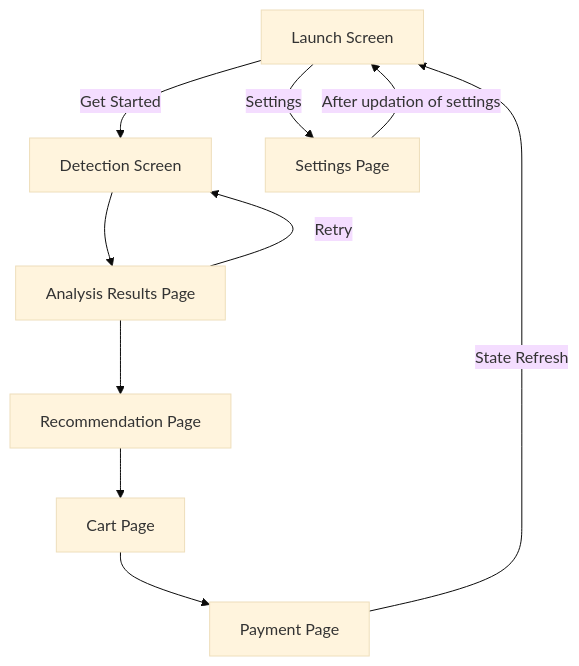
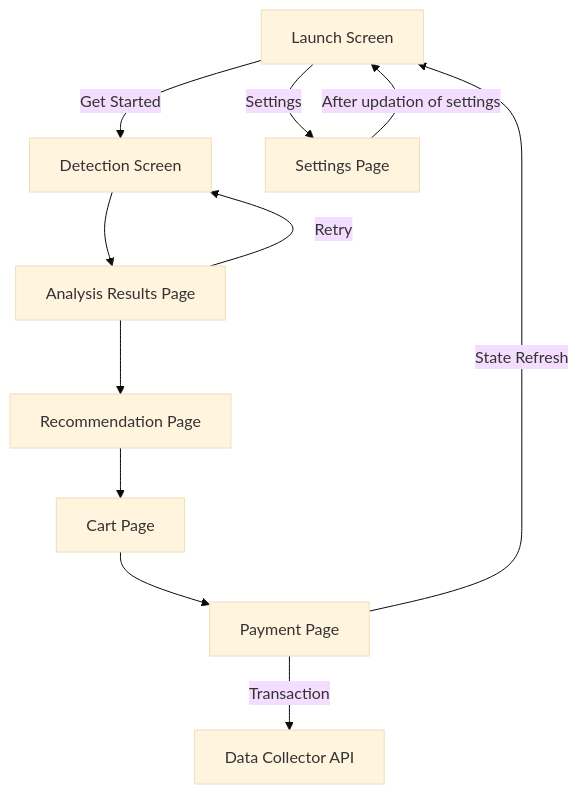
Before and after one commit to Eessh/beverage-recommendation-system: the diagram in README.md, drawn with Mermaid (base theme).

Commit message:
updated User Flow diagram

````diff
--- a/README.md
+++ b/README.md
@@ -20,12 +20,13 @@
 ```mermaid
 flowchart TD
   A[Launch Screen] --> |Get Started| B[Detection Screen];
   A[Launch Screen] --> |Settings| C[Settings Page];
   C --> |After updation of settings| A;
   B --> D[Analysis Results Page];
   D --> |Retry| B;
   D --> E[Recommendation Page];
   E --> F[Cart Page];
   F --> G[Payment Page];
   G --> |State Refresh| A;
+  G --> |Transaction| H[Data Collector API]
 ```
````
